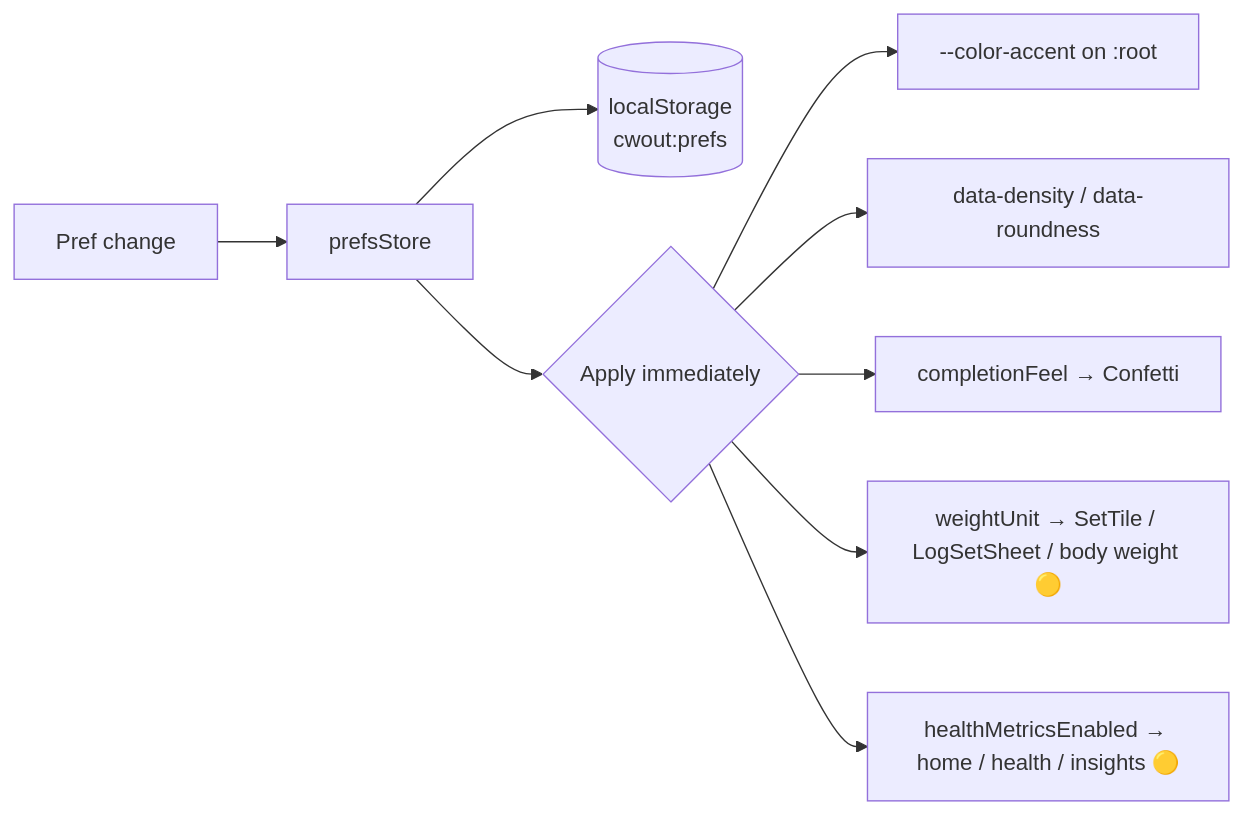
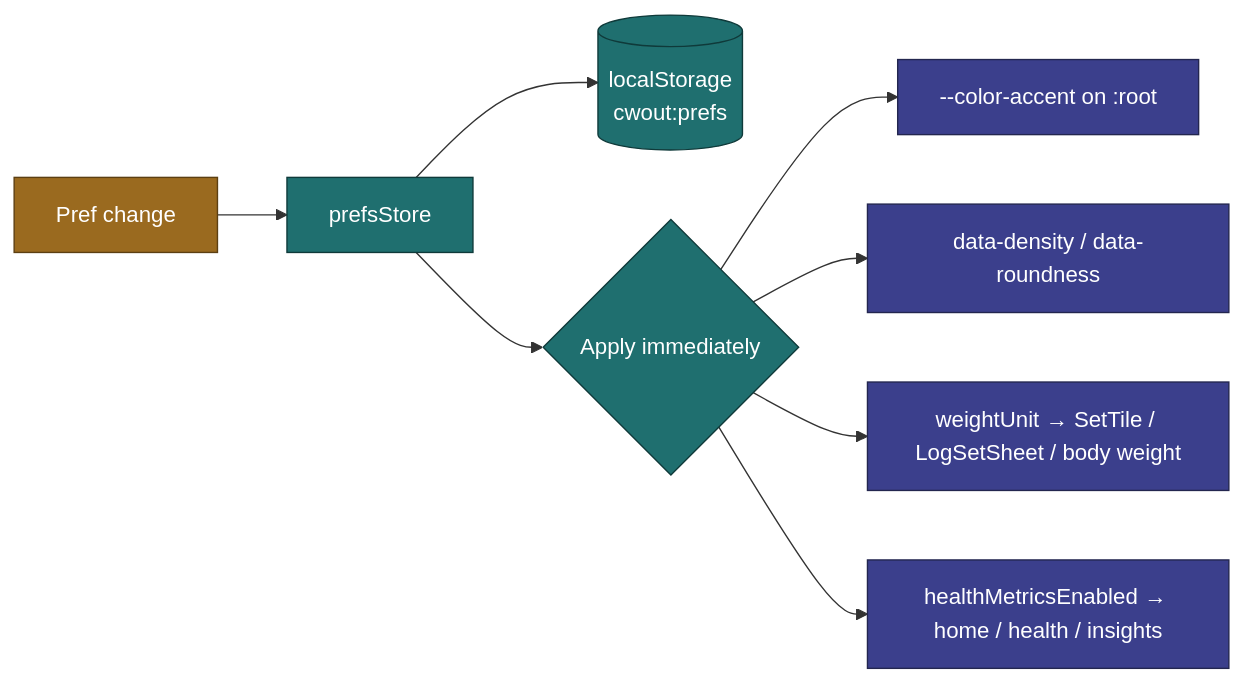
The second of 2 diagrams in docs/requirements/settings-preferences.md (jermbo/CosmicWorkOut), drawn with Mermaid before and after one commit. The commit also changed other lines of this file and 55 other files, not shown here.

````diff
--- a/docs/requirements/settings-preferences.md
+++ b/docs/requirements/settings-preferences.md
@@ -55,11 +61,17 @@
 ```mermaid
 flowchart LR
     Change[Pref change] --> Store[prefsStore]
     Store --> LS[("localStorage<br/>cwout:prefs")]
     Store --> Apply{Apply immediately}
     Apply --> CSS["--color-accent on :root"]
     Apply --> Data["data-density / data-roundness"]
-    Apply --> Feel[completionFeel → Confetti]
-    Apply --> Unit[weightUnit → SetTile / LogSetSheet / body weight 🟡]
-    Apply --> Health[healthMetricsEnabled → home / health / insights 🟡]
+    Apply --> Unit[weightUnit → SetTile / LogSetSheet / body weight]
+    Apply --> Health[healthMetricsEnabled → home / health / insights]
+
+    classDef trigger fill:#9a6a1f,stroke:#5c3f12,color:#ffffff;
+    classDef store fill:#1f6f6f,stroke:#0f3a3a,color:#ffffff;
+    classDef effect fill:#3b3f8c,stroke:#23264f,color:#ffffff;
+    class Change trigger;
+    class Store,LS,Apply store;
+    class CSS,Data,Unit,Health effect;
 ```
````
